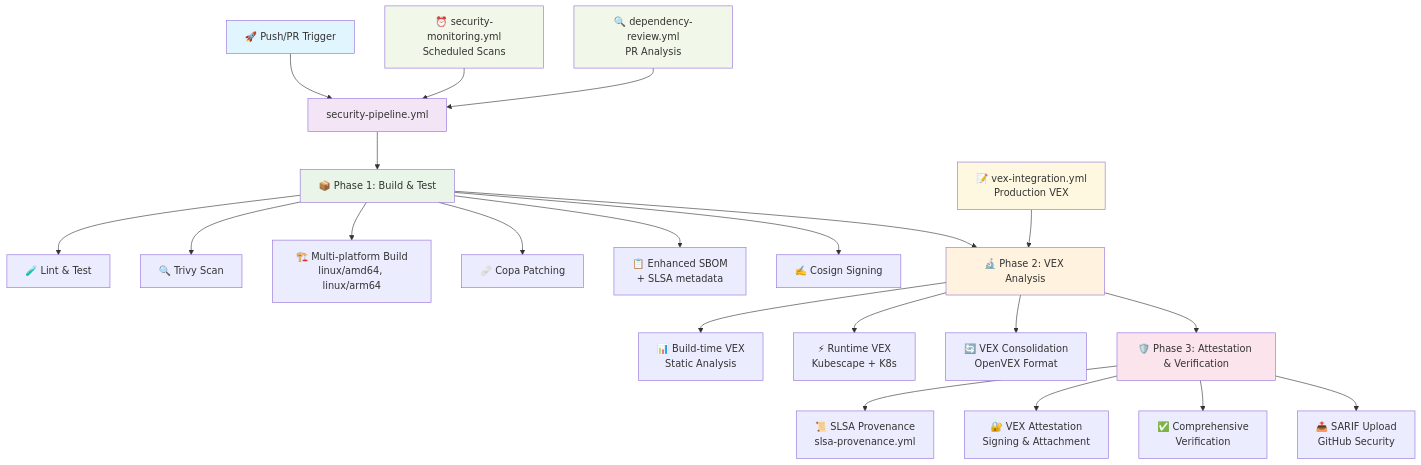
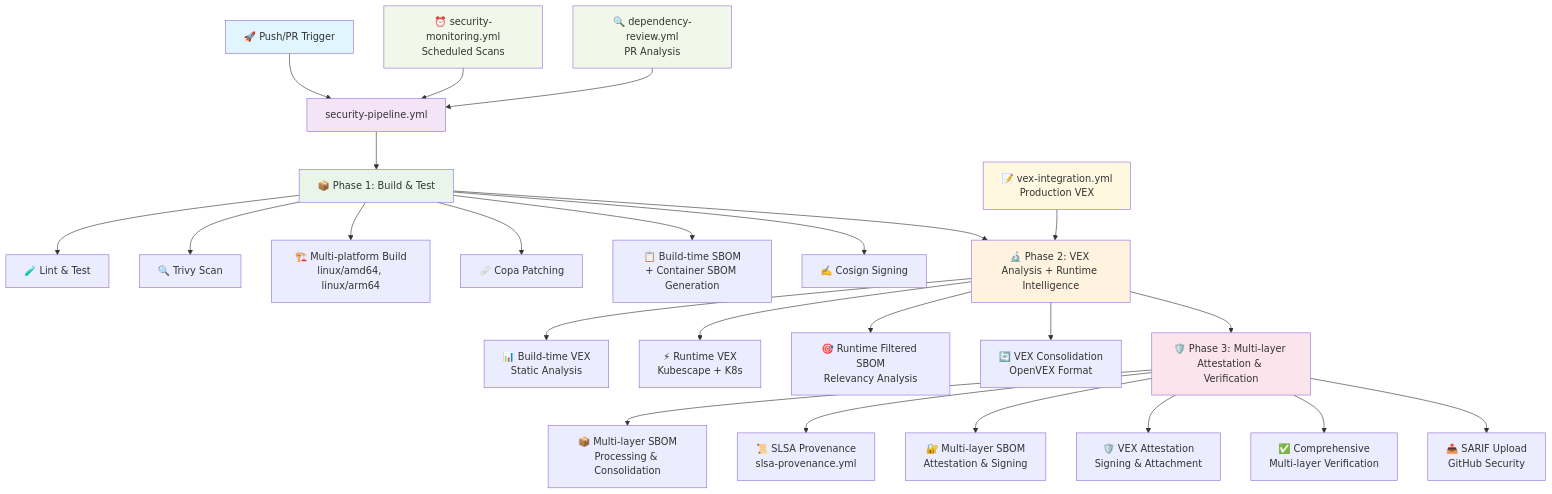
Before and after one commit to plpetkov-tech/feelgood-api: the diagram in README.md, drawn with Mermaid. The commit also changed other lines of this file and 7 other files, not shown here.

Commit message:
additional feature filtered sbom

````diff
--- a/README.md
+++ b/README.md
@@ -162,36 +196,39 @@
 ```mermaid
 flowchart TD
     A[🚀 Push/PR Trigger] --> B[security-pipeline.yml]
     
     B --> C[📦 Phase 1: Build & Test]
     C --> C1[🧪 Lint & Test]
     C --> C2[🔍 Trivy Scan]
     C --> C3[🏗️ Multi-platform Build<br/>linux/amd64, linux/arm64]
     C --> C4[🩹 Copa Patching]
-    C --> C5[📋 Enhanced SBOM<br/>+ SLSA metadata]
+    C --> C5[📋 Build-time SBOM<br/>+ Container SBOM Generation]
     C --> C6[✍️ Cosign Signing]
     
-    C --> D[🔬 Phase 2: VEX Analysis]
+    C --> D[🔬 Phase 2: VEX Analysis + Runtime Intelligence]
     D --> D1[📊 Build-time VEX<br/>Static Analysis]
     D --> D2[⚡ Runtime VEX<br/>Kubescape + K8s]
-    D --> D3[🔄 VEX Consolidation<br/>OpenVEX Format]
+    D --> D3[🎯 Runtime Filtered SBOM<br/>Relevancy Analysis]
+    D --> D4[🔄 VEX Consolidation<br/>OpenVEX Format]
     
-    D --> E[🛡️ Phase 3: Attestation & Verification]
-    E --> E1[📜 SLSA Provenance<br/>slsa-provenance.yml]
-    E --> E2[🔐 VEX Attestation<br/>Signing & Attachment]
-    E --> E3[✅ Comprehensive<br/>Verification]
-    E --> E4[📤 SARIF Upload<br/>GitHub Security]
+    D --> E[🛡️ Phase 3: Multi-layer Attestation & Verification]
+    E --> E1[📦 Multi-layer SBOM<br/>Processing & Consolidation]
+    E --> E2[📜 SLSA Provenance<br/>slsa-provenance.yml]
+    E --> E3[🔐 Multi-layer SBOM<br/>Attestation & Signing]
+    E --> E4[🛡️ VEX Attestation<br/>Signing & Attachment]
+    E --> E5[✅ Comprehensive<br/>Multi-layer Verification]
+    E --> E6[📤 SARIF Upload<br/>GitHub Security]
     
     F[⏰ security-monitoring.yml<br/>Scheduled Scans] --> B
     G[🔍 dependency-review.yml<br/>PR Analysis] --> B
     H[📝 vex-integration.yml<br/>Production VEX] --> D
     
     style A fill:#e1f5fe
     style B fill:#f3e5f5
     style C fill:#e8f5e8
     style D fill:#fff3e0
     style E fill:#fce4ec
     style F fill:#f1f8e9
     style G fill:#f1f8e9
     style H fill:#fff8e1
 ```
````
